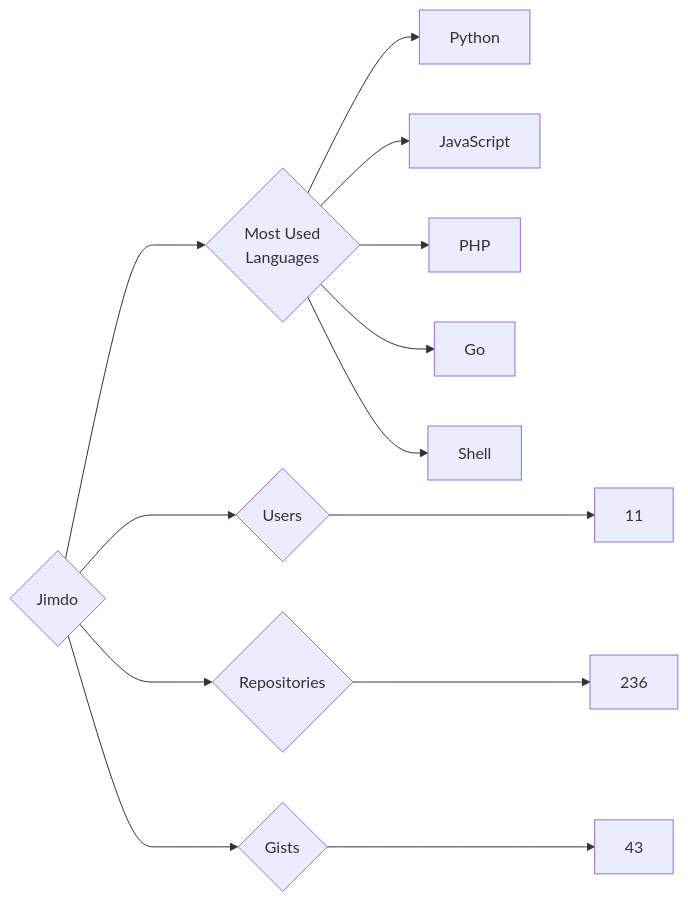
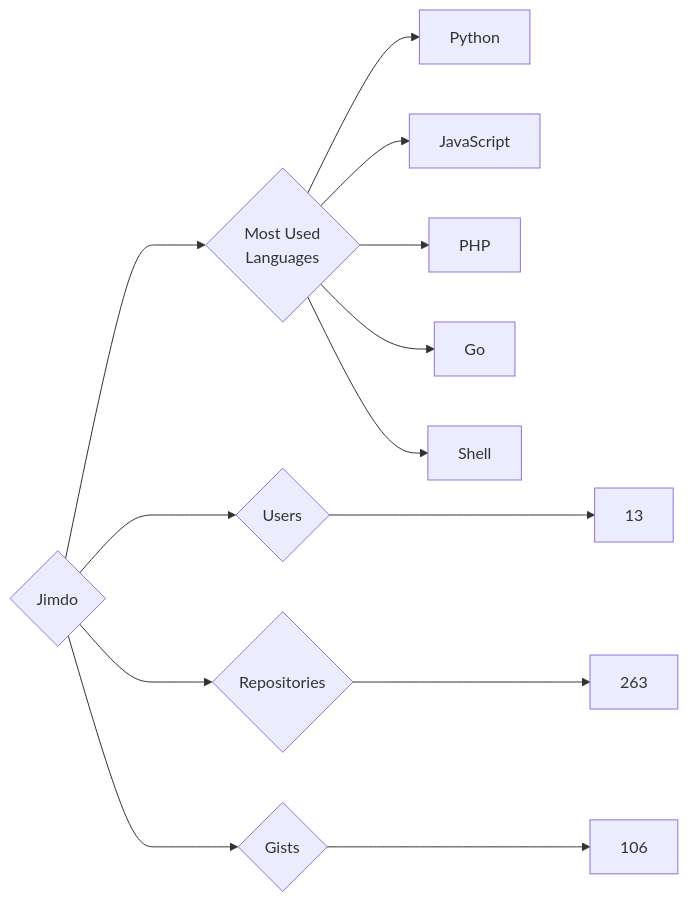
One commit to trickest/insiders changed the diagram in targets/Jimdo/README.md. Above: the diagram before and after it, drawn with Mermaid. The commit also changed 838 other files, not shown here.

````diff
--- a/targets/Jimdo/README.md
+++ b/targets/Jimdo/README.md
@@ -3,13 +3,13 @@
 ```mermaid
 graph LR
 COMPANY_NAME{Jimdo}
-COMPANY_NAME ---> U{Users} ---> UN[11]
-COMPANY_NAME ---> R{Repositories} ---> RN[236]
-COMPANY_NAME ---> G{Gists} ---> GN[43]
+COMPANY_NAME ---> U{Users} ---> UN[13]
+COMPANY_NAME ---> R{Repositories} ---> RN[263]
+COMPANY_NAME ---> G{Gists} ---> GN[106]
 COMPANY_NAME ---> ML{Most Used<br>Languages}
 ML --> Python[Python]
 ML --> JavaScript[JavaScript]
 ML --> PHP[PHP]
 ML --> Go[Go]
 ML --> Shell[Shell]
 ```
````
